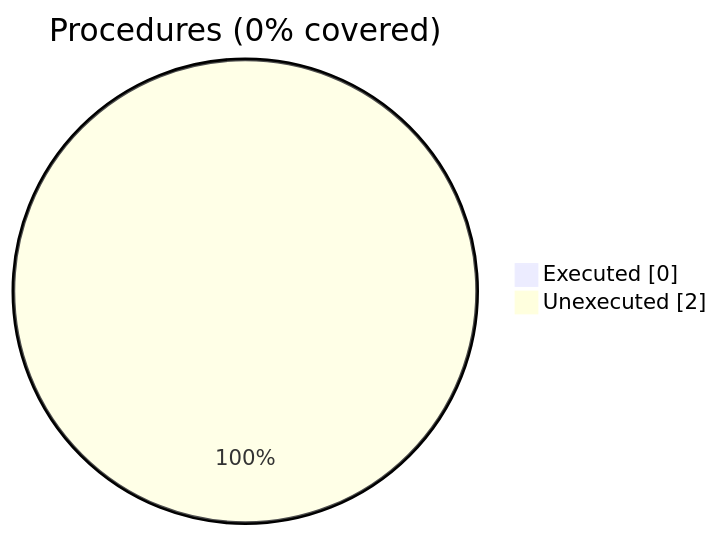
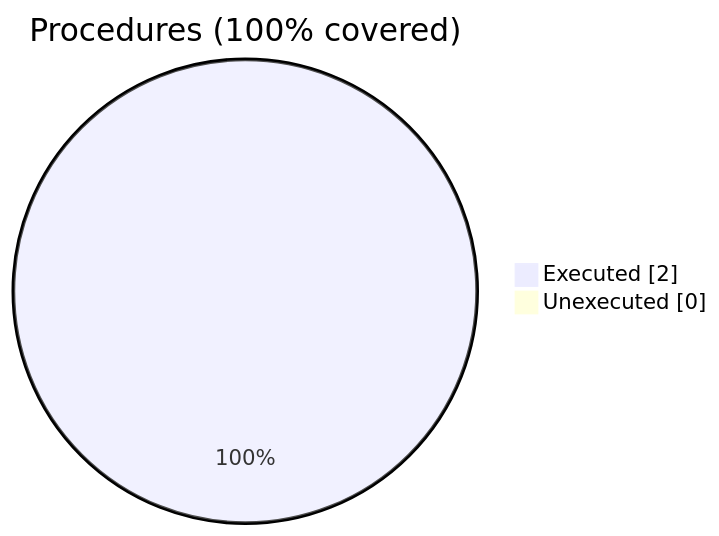
The second of 2 diagrams in docs/guide/vtk_fortran_pvtk_file.f90.gcov.md (szaghi/VTKFortran), drawn with Mermaid before and after one commit. The commit also changed other lines of this file and 9 other files, not shown here.

````diff
--- a/docs/guide/vtk_fortran_pvtk_file.f90.gcov.md
+++ b/docs/guide/vtk_fortran_pvtk_file.f90.gcov.md
@@ -24,6 +24,6 @@
 ```mermaid
 pie showData
-    title Procedures (0% covered)
-    "Executed" : 0
-    "Unexecuted" : 2
+    title Procedures (100% covered)
+    "Executed" : 2
+    "Unexecuted" : 0
 ```
````
